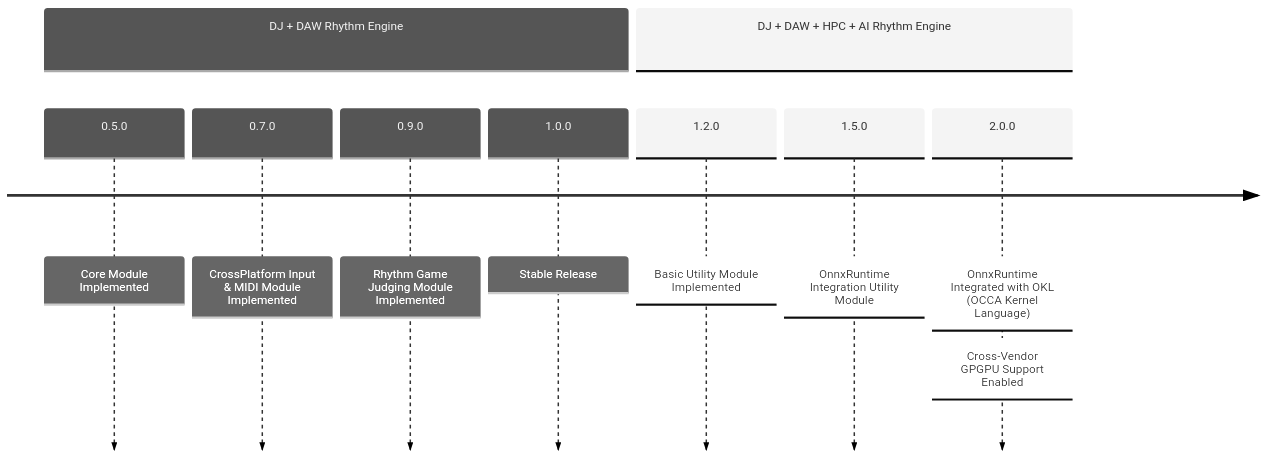
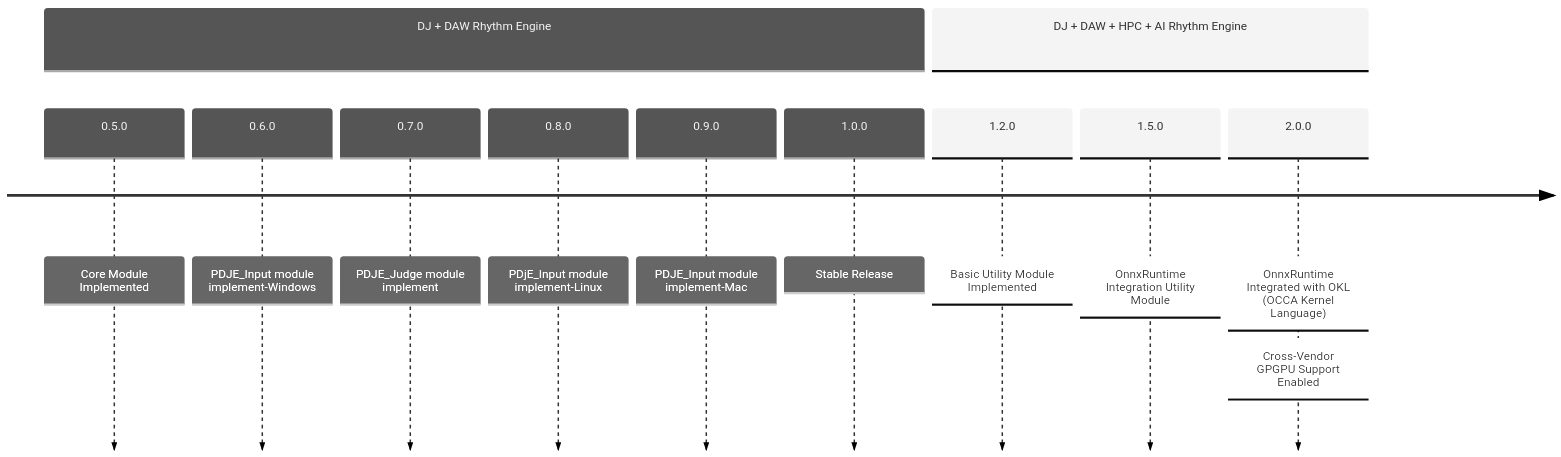
Before and after one commit to Rliop913/Project-DJ-Engine: the first of 2 diagrams in document_sources/index.rst, drawn with Mermaid (neutral theme). The commit also changed other lines of this file and 3 other files, not shown here.

```diff
--- a/document_sources/index.rst
+++ b/document_sources/index.rst
@@ -106,14 +106,16 @@
 .. mermaid::
   :config: {"theme":"forest","themeVariables":{"fontSize":"25px"}}
 
   timeline
     section DJ + DAW Rhythm Engine
       0.5.0 : Core Module Implemented
-      0.7.0 : CrossPlatform Input & MIDI Module Implemented
-      0.9.0 : Rhythm Game Judging Module Implemented
+      0.6.0 : PDJE_Input module implement-Windows
+      0.7.0 : PDJE_Judge module implement
+      0.8.0 : PDjE_Input module implement-Linux
+      0.9.0 : PDJE_Input module implement-Mac
       1.0.0 : Stable Release
     section DJ + DAW + HPC + AI Rhythm Engine
       1.2.0 : Basic Utility Module Implemented
       1.5.0 : OnnxRuntime Integration Utility Module
       2.0.0 : OnnxRuntime Integrated with OKL (OCCA Kernel Language)
             : Cross-Vendor GPGPU Support Enabled
```
